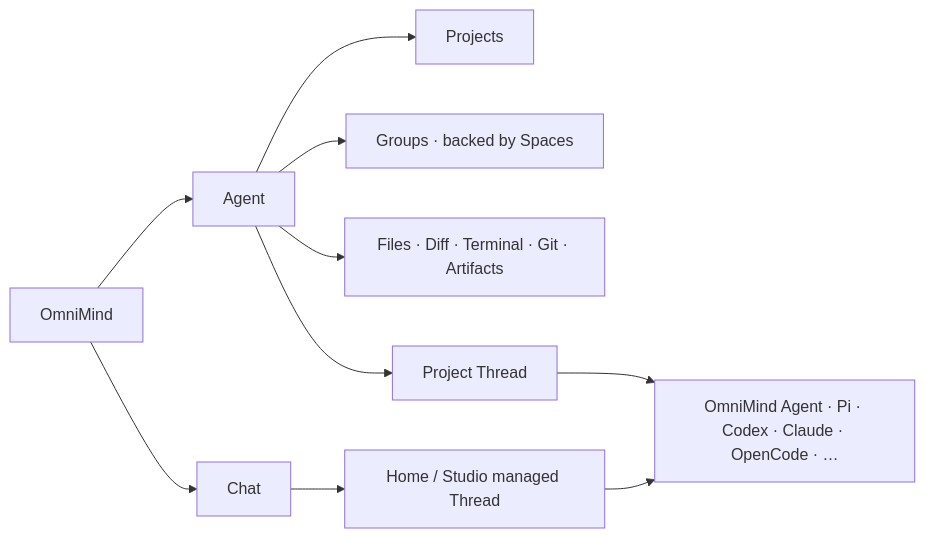
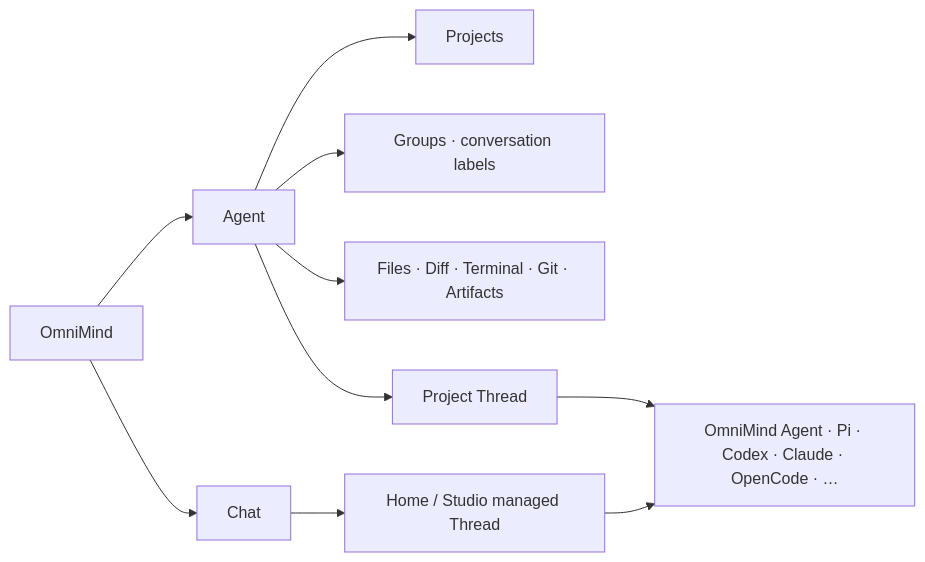
The diagram in architecture/workbench.md (piai-lab/Haros), drawn with Mermaid before and after one commit. The commit also changed other lines of this file and 7 other files, not shown here.

Commit message:
Define conversation groups semantics

````diff
--- a/architecture/workbench.md
+++ b/architecture/workbench.md
@@ -22,12 +22,12 @@
 ```mermaid
 flowchart LR
     Root["OmniMind"] --> Agent["Agent"]
     Root --> Chat["Chat"]
     Agent --> Projects["Projects"]
-    Agent --> Groups["Groups · backed by Spaces"]
+    Agent --> Groups["Groups · conversation labels"]
     Agent --> Workbench["Files · Diff · Terminal · Git · Artifacts"]
     Agent --> Thread["Project Thread"]
     Chat --> Studio["Home / Studio managed Thread"]
     Thread --> Providers["OmniMind Agent · Pi · Codex · Claude · OpenCode · …"]
     Studio --> Providers
 ```
````
